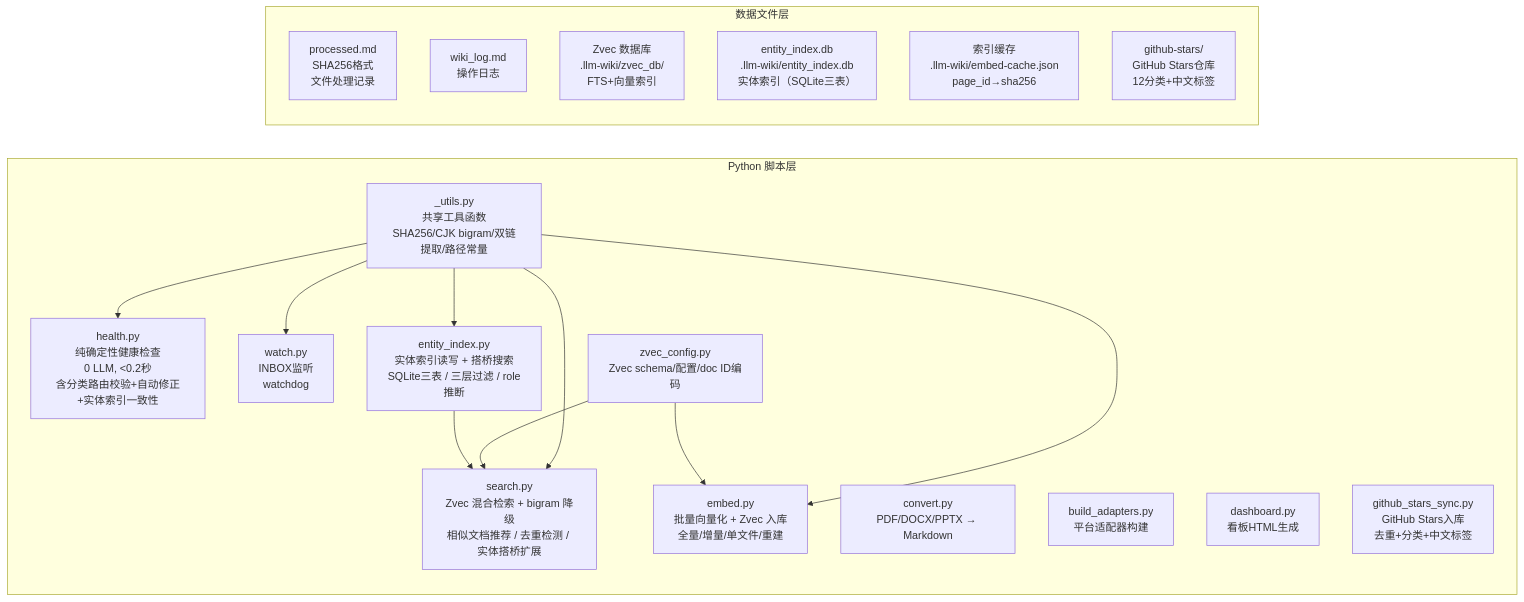
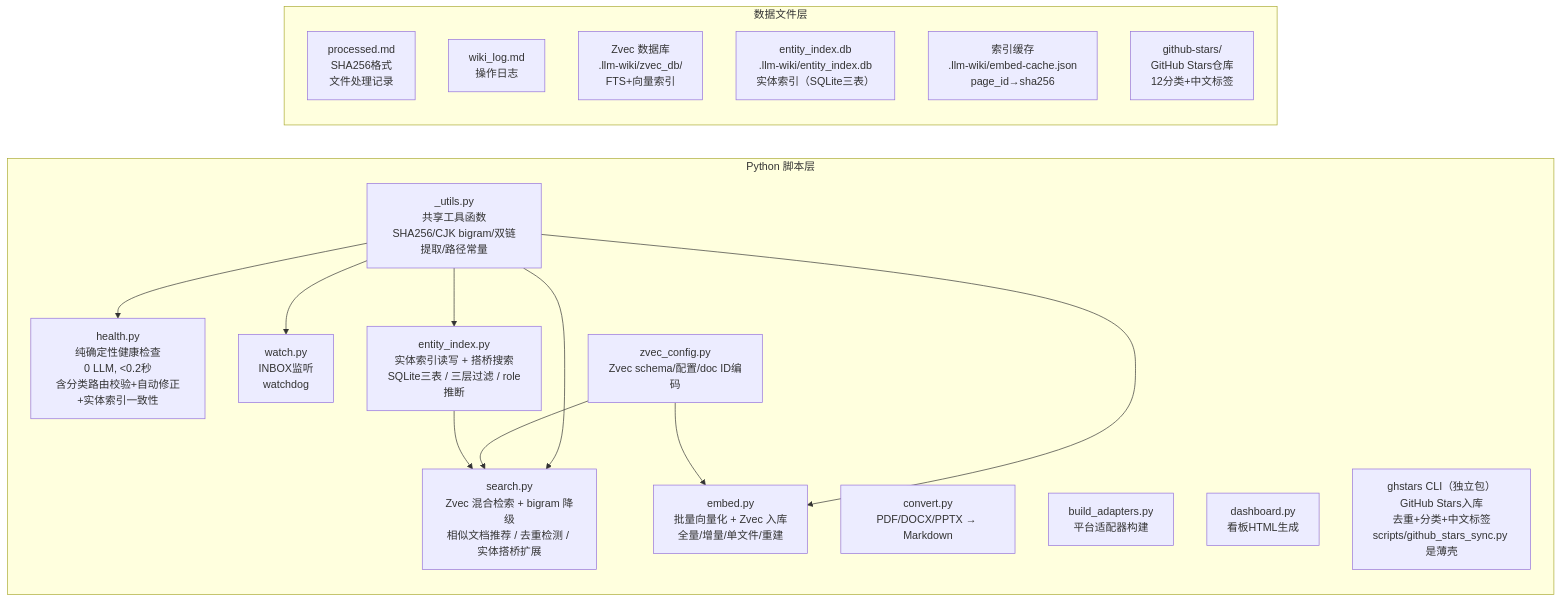
Before and after one commit to zhe97396-tech/llm-wiki-copilot: the seventh of 9 diagrams in docs/architecture-flowcharts.md, drawn with Mermaid. The commit also changed 6 other files, not shown here.

First line of the commit message:
refactor(stars): 同步引擎外移 ghstars，本仓库只保留薄壳

````diff
--- a/docs/architecture-flowcharts.md
+++ b/docs/architecture-flowcharts.md
@@ -378,34 +378,34 @@
 ```mermaid
 graph LR
     subgraph 脚本层["Python 脚本层"]
         U["_utils.py<br/>共享工具函数<br/>SHA256/CJK bigram/双链提取/路径常量"]
         S["search.py<br/>Zvec 混合检索 + bigram 降级<br/>相似文档推荐 / 去重检测 / 实体搭桥扩展"]
         E["embed.py<br/>批量向量化 + Zvec 入库<br/>全量/增量/单文件/重建"]
         EI["entity_index.py<br/>实体索引读写 + 搭桥搜索<br/>SQLite三表 / 三层过滤 / role推断"]
         ZC["zvec_config.py<br/>Zvec schema/配置/doc ID编码"]
         H["health.py<br/>纯确定性健康检查<br/>0 LLM, <0.2秒<br/>含分类路由校验+自动修正+实体索引一致性"]
         W["watch.py<br/>INBOX监听<br/>watchdog"]
         C["convert.py<br/>PDF/DOCX/PPTX → Markdown"]
         B["build_adapters.py<br/>平台适配器构建"]
         D["dashboard.py<br/>看板HTML生成"]
-        GS["github_stars_sync.py<br/>GitHub Stars入库<br/>去重+分类+中文标签"]
+        GS["ghstars CLI（独立包）<br/>GitHub Stars入库<br/>去重+分类+中文标签<br/>scripts/github_stars_sync.py 是薄壳"]
     end
 
     subgraph 数据层["数据文件层"]
         PM["processed.md<br/>SHA256格式<br/>文件处理记录"]
         WL["wiki_log.md<br/>操作日志"]
         ZV["Zvec 数据库<br/>.llm-wiki/zvec_db/<br/>FTS+向量索引"]
         EIDB["entity_index.db<br/>.llm-wiki/entity_index.db<br/>实体索引（SQLite三表）"]
         EC["索引缓存<br/>.llm-wiki/embed-cache.json<br/>page_id→sha256"]
         GS_DIR["github-stars/<br/>GitHub Stars仓库<br/>12分类+中文标签"]
     end
 
     U --> S
     U --> E
     U --> H
     U --> W
     U --> EI
     ZC --> S
     ZC --> E
     EI --> S
 ```
````
